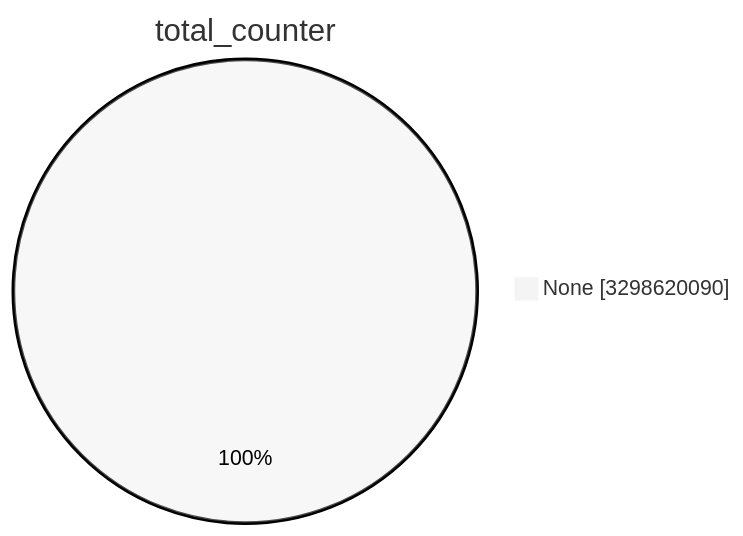
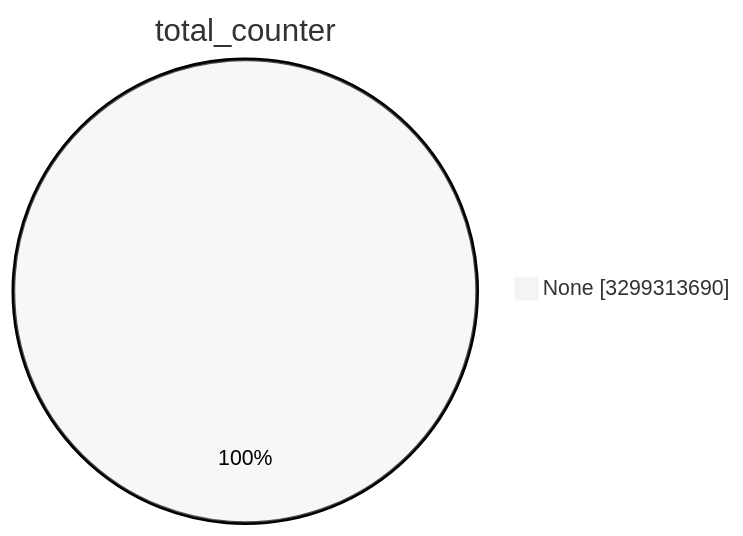
One commit to christiankrug/ctmonitor_visualization changed the first of 15 diagrams in TOTAL/README.md. Above: the diagram before and after it, drawn with Mermaid (neutral theme). The commit also changed other lines of this file, not shown here.

````diff
--- a/TOTAL/README.md
+++ b/TOTAL/README.md
@@ -1,5 +1,5 @@
 ```mermaid
 pie showData
 title total_counter
-"None" :3298620090
+"None" :3299313690
 ```
````
